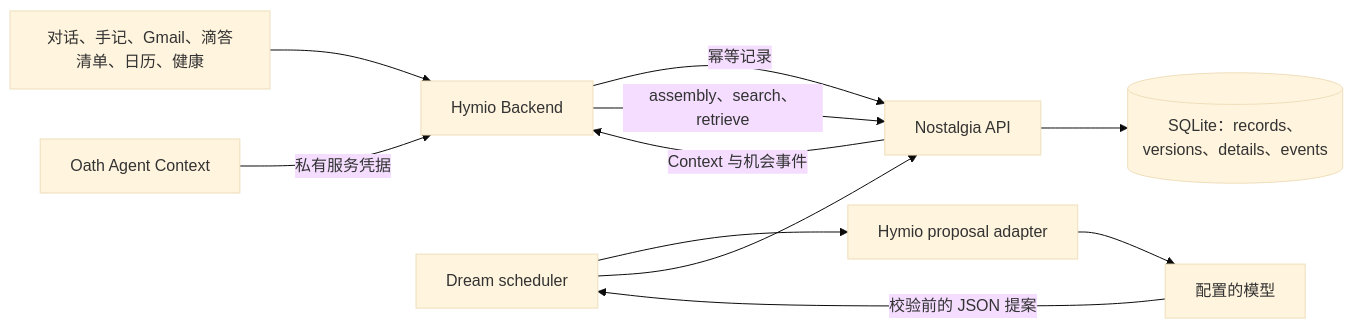
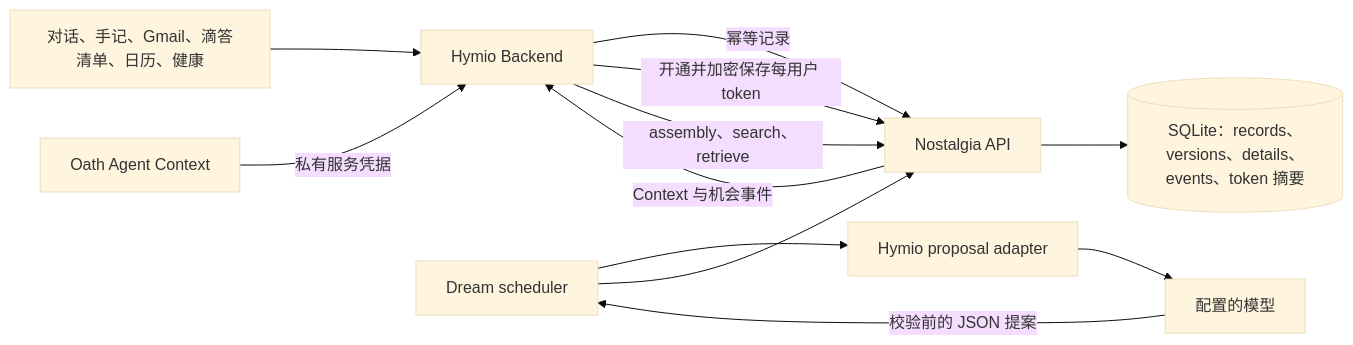
One commit to HymioSpace/hymio-doc changed the first of 2 diagrams in docs/zh/nostalgia/architecture.md. Above: the diagram before and after it, drawn with Mermaid (base theme). The commit also changed other lines of this file and 15 other files, not shown here.

````diff
--- a/docs/zh/nostalgia/architecture.md
+++ b/docs/zh/nostalgia/architecture.md
@@ -9,13 +9,14 @@
 ```mermaid
 flowchart LR
   Sources[对话、手记、Gmail、滴答清单、日历、健康] --> Hymio[Hymio Backend]
   Hymio -->|幂等记录| N[Nostalgia API]
-  N --> Store[(SQLite：records、versions、details、events)]
+  Hymio -->|开通并加密保存每用户 token| N
+  N --> Store[(SQLite：records、versions、details、events、token 摘要)]
   Scheduler[Dream scheduler] --> Provider[Hymio proposal adapter]
   Provider --> Model[配置的模型]
   Model -->|校验前的 JSON 提案| Scheduler
   Scheduler --> N
   Oath[Oath Agent Context] -->|私有服务凭据| Hymio
   Hymio -->|assembly、search、retrieve| N
   N -->|Context 与机会事件| Hymio
 ```
````
